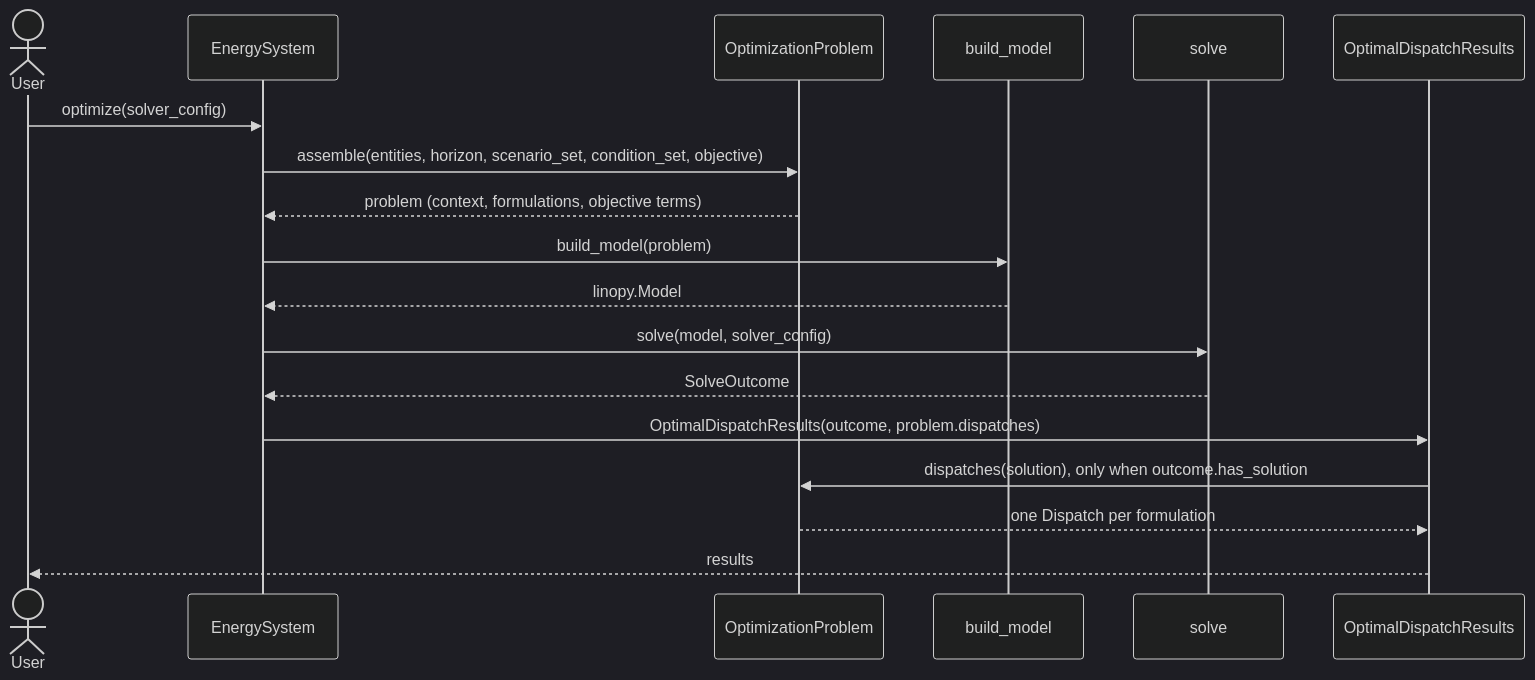
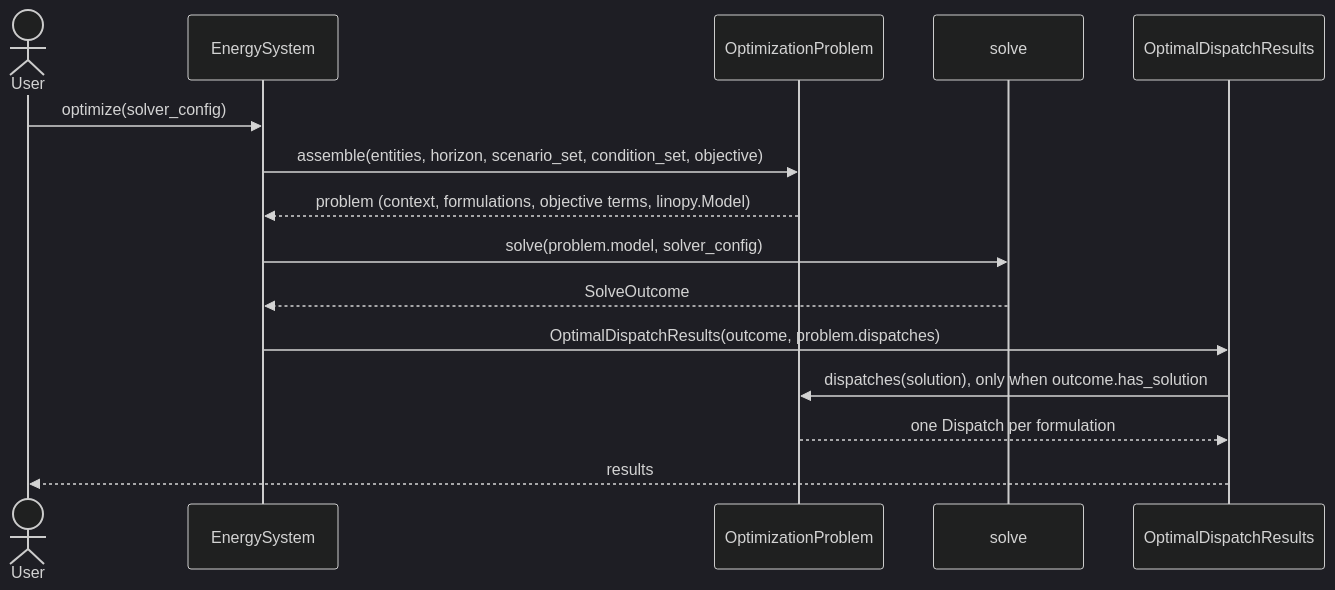
The diagram in docs/developer/sequences.md (ramirocrc/odys), drawn with Mermaid (dark theme) before and after one commit. The commit also changed other lines of this file and 45 other files, not shown here.

````diff
--- a/docs/developer/sequences.md
+++ b/docs/developer/sequences.md
@@ -15,20 +15,17 @@
 ```mermaid
 sequenceDiagram
     actor User
     participant ES as EnergySystem
     participant OP as OptimizationProblem
-    participant MB as build_model
     participant S as solve
     participant R as OptimalDispatchResults
     User->>ES: optimize(solver_config)
     ES->>OP: assemble(entities, horizon, scenario_set, condition_set, objective)
-    OP-->>ES: problem (context, formulations, objective terms)
-    ES->>MB: build_model(problem)
-    MB-->>ES: linopy.Model
-    ES->>S: solve(model, solver_config)
+    OP-->>ES: problem (context, formulations, objective terms, linopy.Model)
+    ES->>S: solve(problem.model, solver_config)
     S-->>ES: SolveOutcome
     ES->>R: OptimalDispatchResults(outcome, problem.dispatches)
     R->>OP: dispatches(solution), only when outcome.has_solution
     OP-->>R: one Dispatch per formulation
     R-->>User: results
 ```
````
